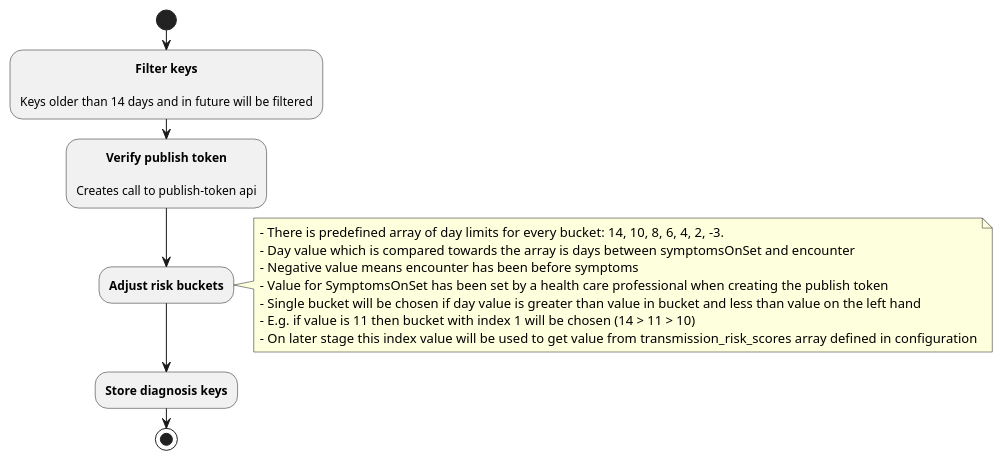
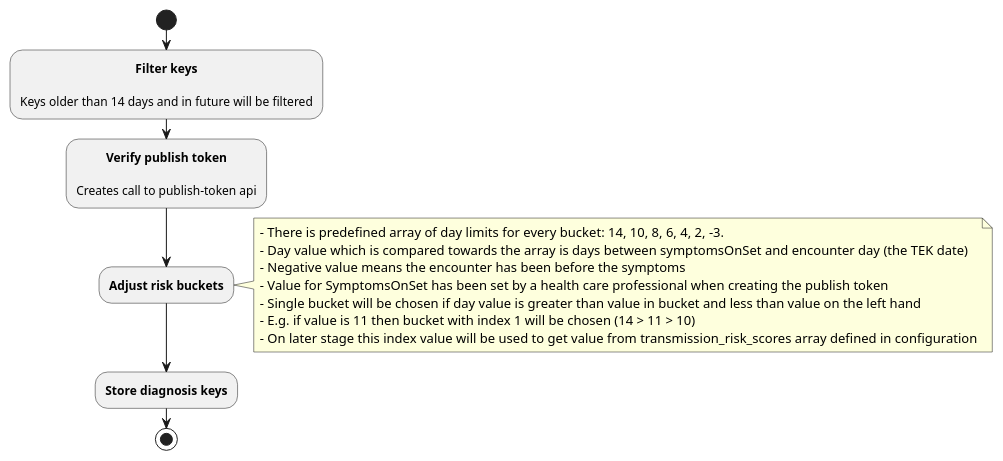
The diagram in documentation/plantuml/publish_diagnosis_keys.pu (THLfi/koronavilkku-backend), drawn with PlantUML before and after one commit. The commit also changed 1 other file, not shown here.

```diff
--- a/documentation/plantuml/publish_diagnosis_keys.pu
+++ b/documentation/plantuml/publish_diagnosis_keys.pu
@@ -1,23 +1,23 @@
 @startuml
 skinparam defaultTextAlignment center
 skinparam noteTextAlignment left
 start
 :**Filter keys**
 
 Keys older than 14 days and in future will be filtered;
 :**Verify publish token**
 
 Creates call to publish-token api;
 :**Adjust risk buckets**;
 note right
   - There is predefined array of day limits for every bucket: 14, 10, 8, 6, 4, 2, -3.
-  - Day value which is compared towards the array is days between symptomsOnSet and encounter
-  - Negative value means encounter has been before symptoms
+  - Day value which is compared towards the array is days between symptomsOnSet and encounter day (the TEK date)
+  - Negative value means the encounter has been before the symptoms
   - Value for SymptomsOnSet has been set by a health care professional when creating the publish token
   - Single bucket will be chosen if day value is greater than value in bucket and less than value on the left hand
   - E.g. if value is 11 then bucket with index 1 will be chosen (14 > 11 > 10)
   - On later stage this index value will be used to get value from transmission_risk_scores array defined in configuration
 end note
 :**Store diagnosis keys**;
 stop
 @enduml
```
